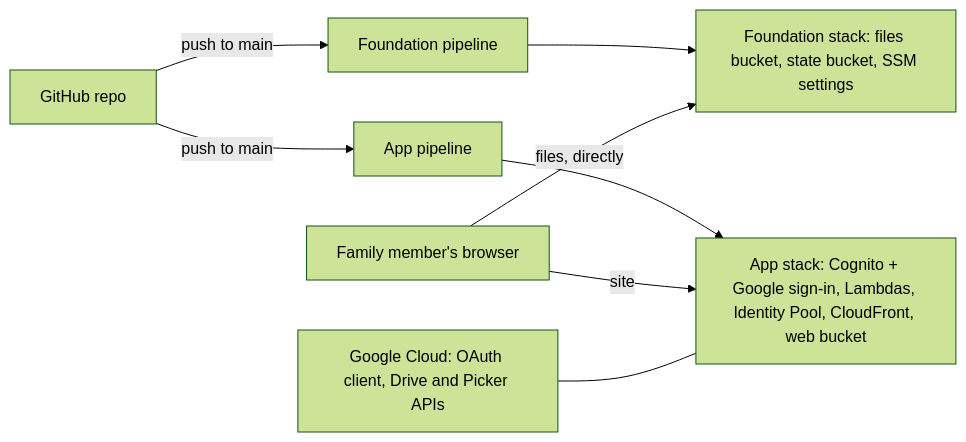
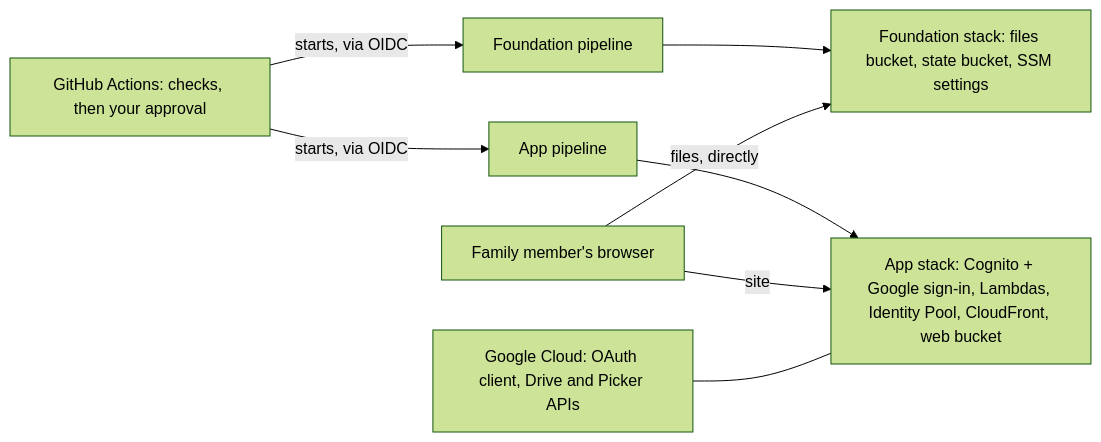
Before and after one commit to hualinh1012/personal-storage: the diagram in docs/guides/setup-from-scratch.md, drawn with Mermaid (forest theme). The commit also changed other lines of this file and 16 other files, not shown here.

````diff
--- a/docs/guides/setup-from-scratch.md
+++ b/docs/guides/setup-from-scratch.md
@@ -17,10 +17,10 @@
 ```mermaid
 flowchart LR
-    GH["GitHub repo"] -->|"push to main"| FP["Foundation pipeline"]
-    GH -->|"push to main"| AP["App pipeline"]
+    GH["GitHub Actions: checks, then your approval"] -->|"starts, via OIDC"| FP["Foundation pipeline"]
+    GH -->|"starts, via OIDC"| AP["App pipeline"]
     FP --> F["Foundation stack: files bucket, state bucket, SSM settings"]
     AP --> A["App stack: Cognito + Google sign-in, Lambdas, Identity Pool, CloudFront, web bucket"]
     U["Family member's browser"] -->|"site"| A
     U -->|"files, directly"| F
     G["Google Cloud: OAuth client, Drive and Picker APIs"] --- A
 ```
````
